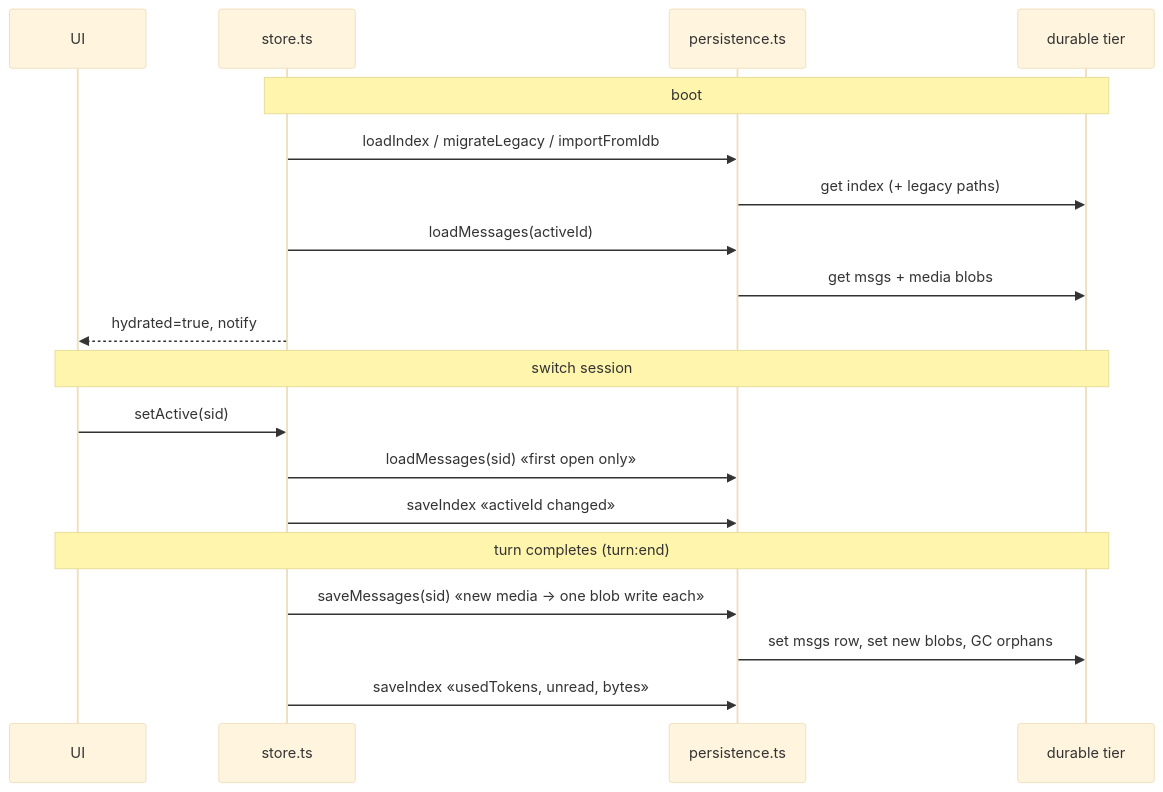
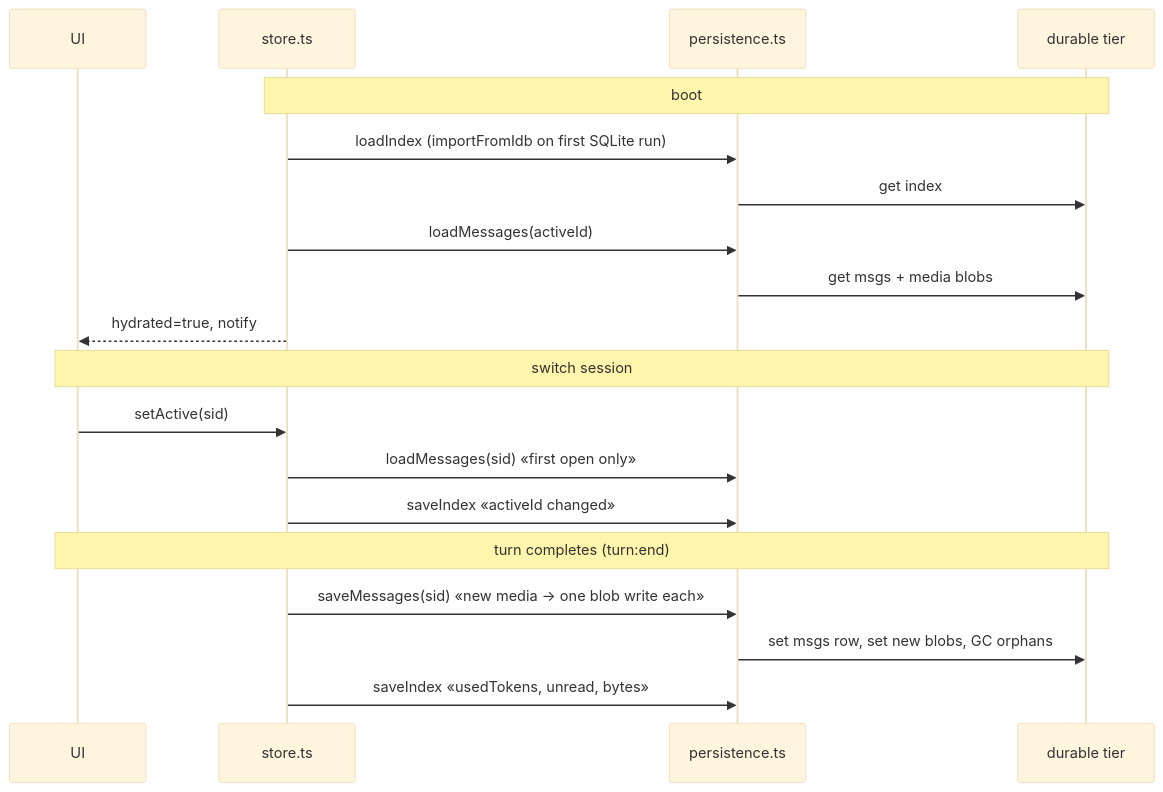
The third of 3 diagrams in docs/STORAGE.md (bilikaz/v84-harness), drawn with Mermaid (base theme) before and after one commit. The commit also changed other lines of this file and 3 other files, not shown here.

````diff
--- a/docs/STORAGE.md
+++ b/docs/STORAGE.md
@@ -137,24 +136,24 @@
 ```mermaid
 sequenceDiagram
     participant UI
     participant Store as store.ts
     participant P as persistence.ts
     participant D as durable tier
 
     Note over Store,D: boot
-    Store->>P: loadIndex / migrateLegacy / importFromIdb
-    P->>D: get index (+ legacy paths)
+    Store->>P: loadIndex (importFromIdb on first SQLite run)
+    P->>D: get index
     Store->>P: loadMessages(activeId)
     P->>D: get msgs + media blobs
     Store-->>UI: hydrated=true, notify
 
     Note over UI,D: switch session
     UI->>Store: setActive(sid)
     Store->>P: loadMessages(sid) «first open only»
     Store->>P: saveIndex «activeId changed»
 
     Note over UI,D: turn completes (turn:end)
     Store->>P: saveMessages(sid) «new media → one blob write each»
     P->>D: set msgs row, set new blobs, GC orphans
     Store->>P: saveIndex «usedTokens, unread, bytes»
 ```
````
